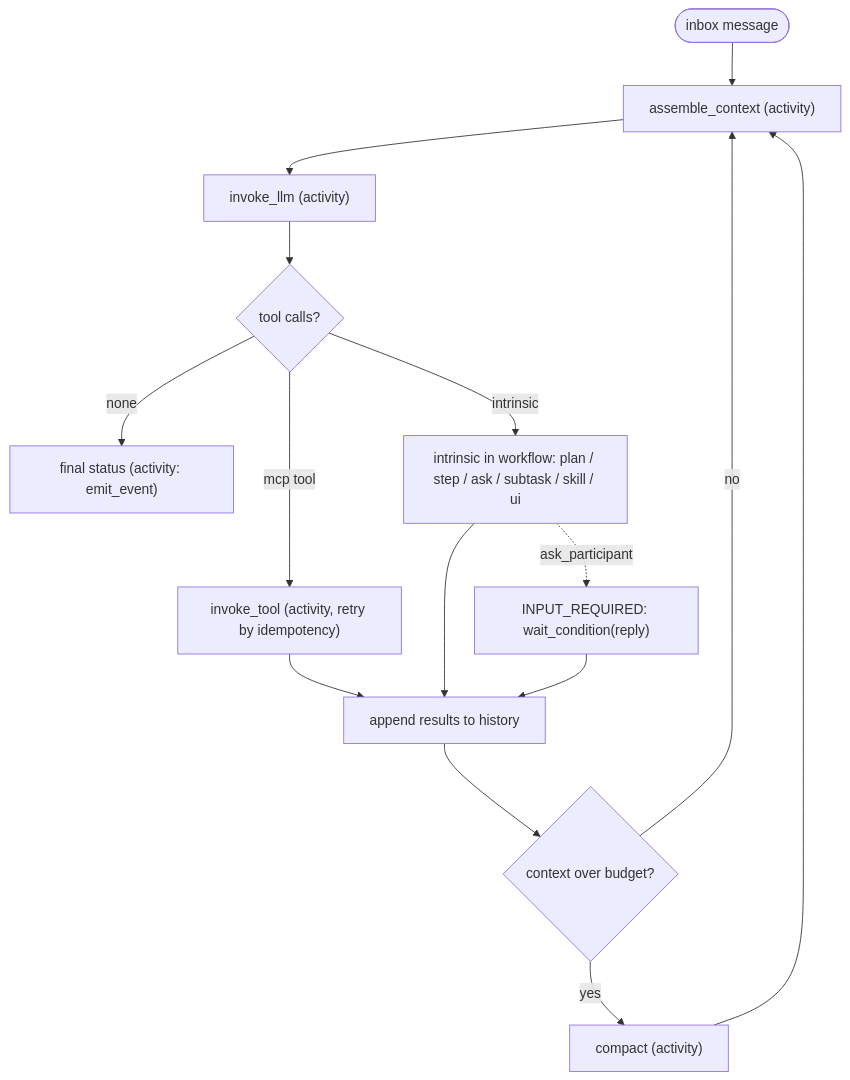
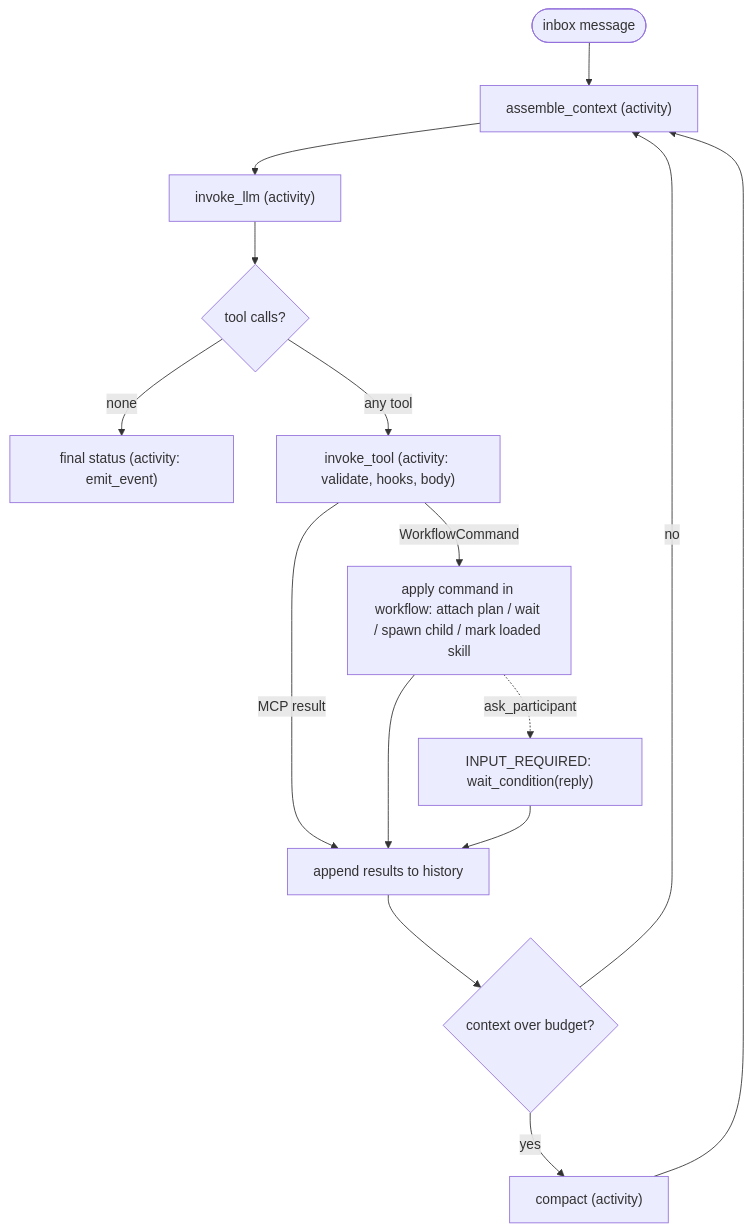
The third of 4 diagrams in docs/specs/issue-3/design.md (MadaraUchiha-314/tiny-harness), drawn with Mermaid before and after one commit. The commit also changed other lines of this file, not shown here.

First line of the commit message:
docs(specs): design critic finding 3: every tool goes through one validated activity

````diff
--- a/docs/specs/issue-3/design.md
+++ b/docs/specs/issue-3/design.md
@@ -156,17 +156,17 @@
 ```mermaid
 flowchart TD
   start([inbox message]) --> ctx["assemble_context (activity)"]
   ctx --> llm["invoke_llm (activity)"]
   llm --> tc{tool calls?}
   tc -- none --> fin["final status (activity: emit_event)"]
-  tc -- mcp tool --> act["invoke_tool (activity, retry by idempotency)"]
-  tc -- intrinsic --> intr["intrinsic in workflow: plan / step / ask / subtask / skill / ui"]
-  act --> rec["append results to history"]
+  tc -- any tool --> act["invoke_tool (activity: validate, hooks, body)"]
+  act -- MCP result --> rec["append results to history"]
+  act -- WorkflowCommand --> intr["apply command in workflow: attach plan / wait / spawn child / mark loaded skill"]
   intr --> rec
   rec --> cmp{context over budget?}
   cmp -- yes --> compact["compact (activity)"]
   compact --> ctx
   cmp -- no --> ctx
   intr -. ask_participant .-> wait["INPUT_REQUIRED: wait_condition(reply)"]
   wait --> rec
 ```
````
